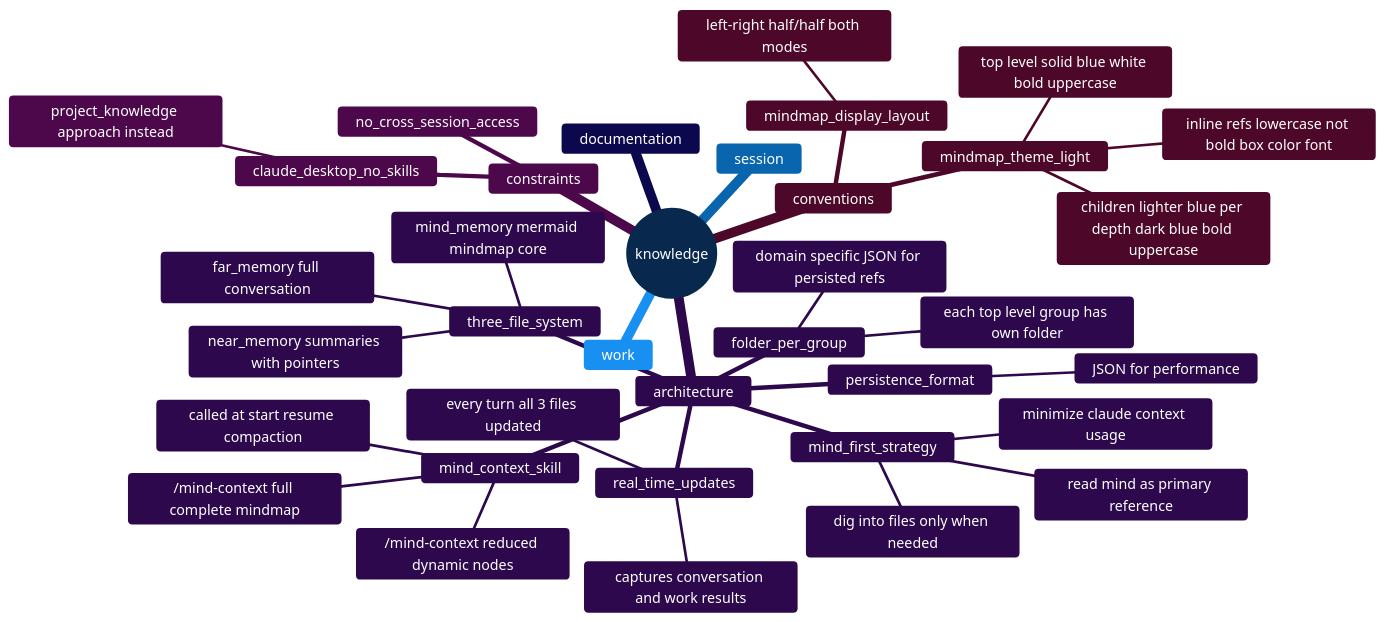
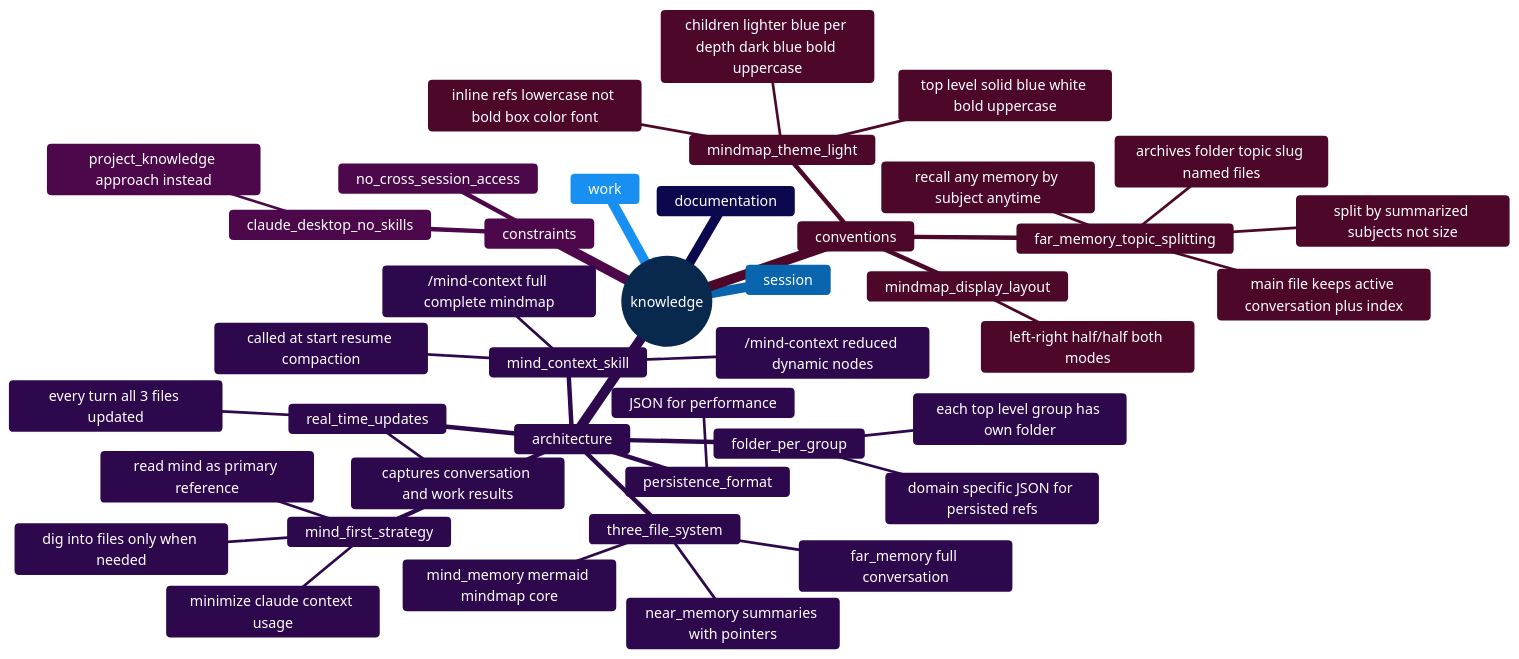
One commit to packetqc/K_DOCS changed the diagram in mind/mind_memory.md. Above: the diagram before and after it, drawn with Mermaid. The commit also changed 5 other files, not shown here.

First line of the commit message:
add: far_memory topic-splitting convention + recall by subject

````diff
--- a/mind/mind_memory.md
+++ b/mind/mind_memory.md
@@ -1,40 +1,45 @@
 ```mermaid
 %%{init: {'theme': 'base', 'themeVariables': { 'primaryColor': '#1565C0', 'primaryTextColor': '#FFFFFF', 'primaryBorderColor': '#0D47A1', 'secondaryColor': '#42A5F5', 'secondaryTextColor': '#0D47A1', 'tertiaryColor': '#90CAF9', 'tertiaryTextColor': '#0D47A1', 'noteBkgColor': '#BBDEFB', 'noteTextColor': '#0D47A1' }}}%%
 mindmap
   root((knowledge))
     session
     work
     documentation
     architecture
       persistence_format
         JSON for performance
       three_file_system
         far_memory full conversation
         near_memory summaries with pointers
         mind_memory mermaid mindmap core
       mind_first_strategy
         read mind as primary reference
         dig into files only when needed
         minimize claude context usage
       real_time_updates
         every turn all 3 files updated
         captures conversation and work results
       folder_per_group
         each top level group has own folder
         domain specific JSON for persisted refs
       mind_context_skill
         /mind-context reduced dynamic nodes
         /mind-context full complete mindmap
         called at start resume compaction
     constraints
       no_cross_session_access
       claude_desktop_no_skills
         project_knowledge approach instead
     conventions
       mindmap_display_layout
         left-right half/half both modes
       mindmap_theme_light
         top level solid blue white bold uppercase
         children lighter blue per depth dark blue bold uppercase
         inline refs lowercase not bold box color font
+      far_memory_topic_splitting
+        split by summarized subjects not size
+        archives folder topic slug named files
+        main file keeps active conversation plus index
+        recall any memory by subject anytime
 ```
````
